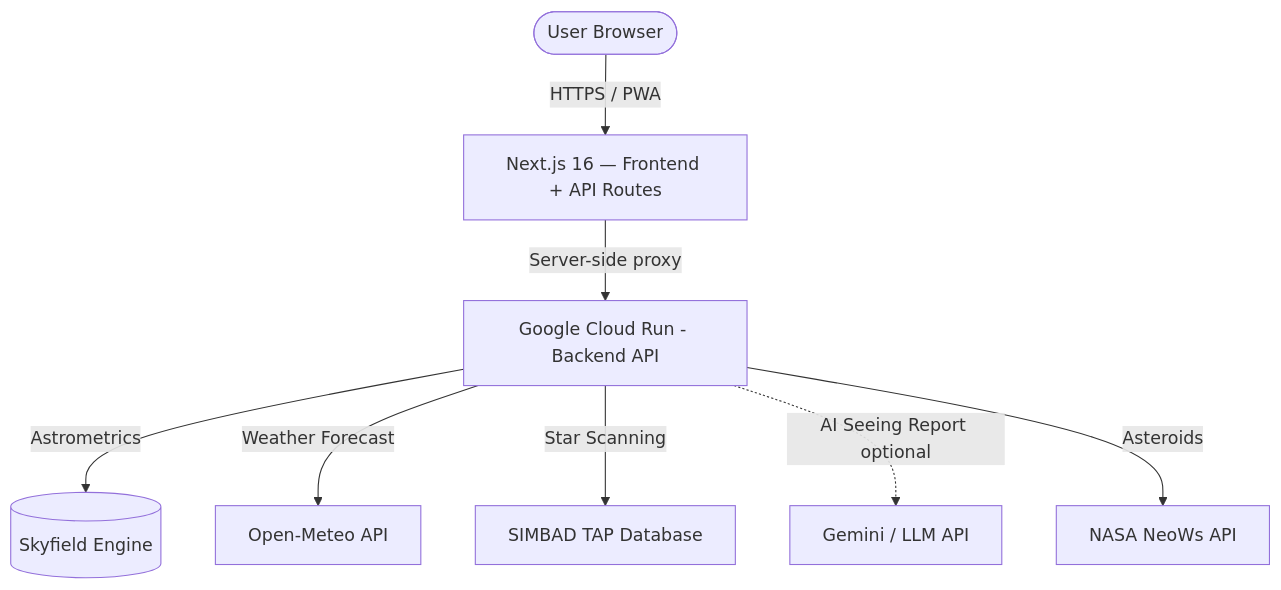
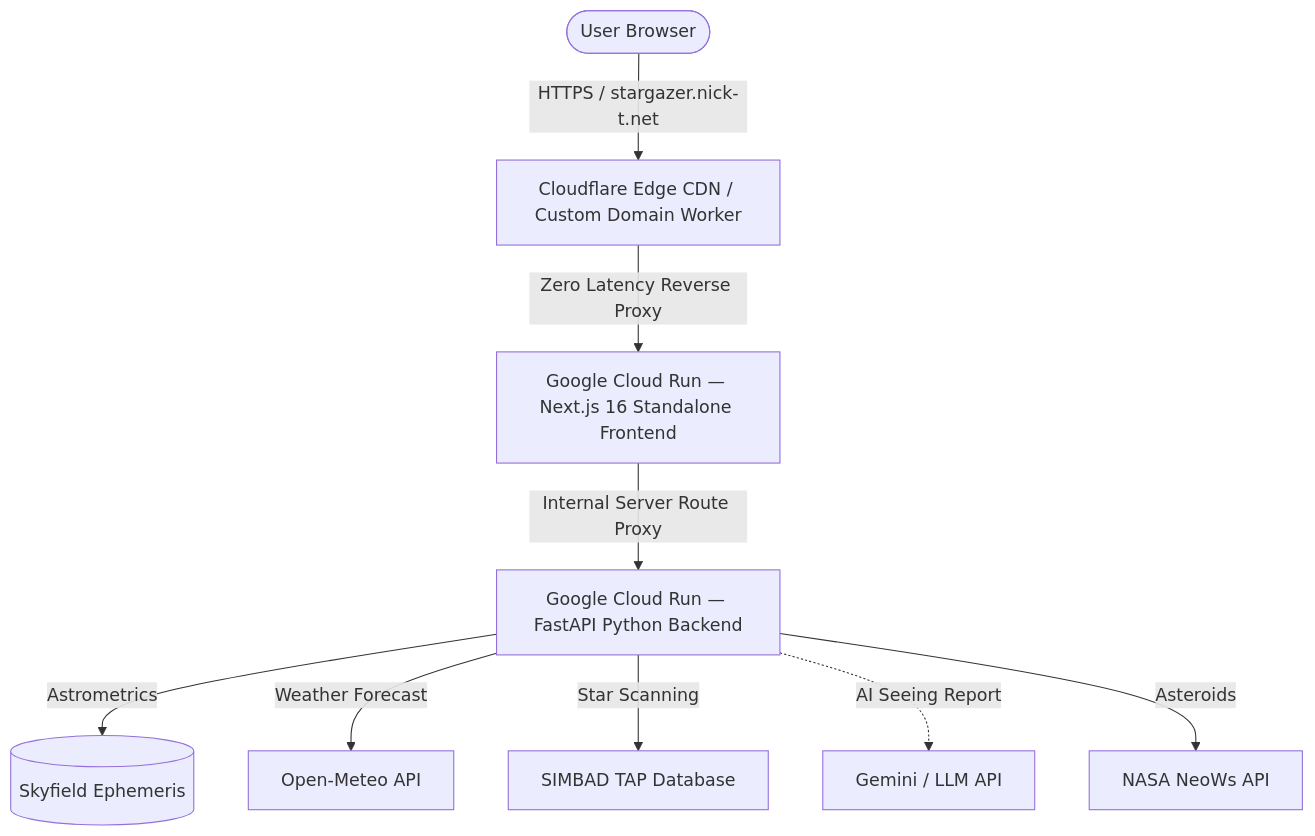
The diagram in README.md (nicolasnkGH/stargazer), drawn with Mermaid before and after one commit. The commit also changed other lines of this file, not shown here.

Commit message:
docs: update README with Cloudflare Edge Worker architecture and WebGL performance optimizations

````diff
--- a/README.md
+++ b/README.md
@@ -50,10 +54,11 @@
 ```mermaid
 graph TD
-    User([User Browser]) -->|HTTPS / PWA| NX[Next.js 16 — Frontend + API Routes]
-    NX -->|Server-side proxy| CR[Google Cloud Run - Backend API]
-    CR -->|Astrometrics| SF[(Skyfield Engine)]
-    CR -->|Weather Forecast| OM[Open-Meteo API]
-    CR -->|Star Scanning| SB[SIMBAD TAP Database]
-    CR -.->|AI Seeing Report optional| GM[Gemini / LLM API]
-    CR -->|Asteroids| NS[NASA NeoWs API]
+    User([User Browser]) -->|HTTPS / stargazer.nick-t.net| CF[Cloudflare Edge CDN / Custom Domain Worker]
+    CF -->|Zero Latency Reverse Proxy| CR_FE[Google Cloud Run — Next.js 16 Standalone Frontend]
+    CR_FE -->|Internal Server Route Proxy| CR_BE[Google Cloud Run — FastAPI Python Backend]
+    CR_BE -->|Astrometrics| SF[(Skyfield Ephemeris)]
+    CR_BE -->|Weather Forecast| OM[Open-Meteo API]
+    CR_BE -->|Star Scanning| SB[SIMBAD TAP Database]
+    CR_BE -.->|AI Seeing Report| GM[Gemini / LLM API]
+    CR_BE -->|Asteroids| NS[NASA NeoWs API]
 ```
````
